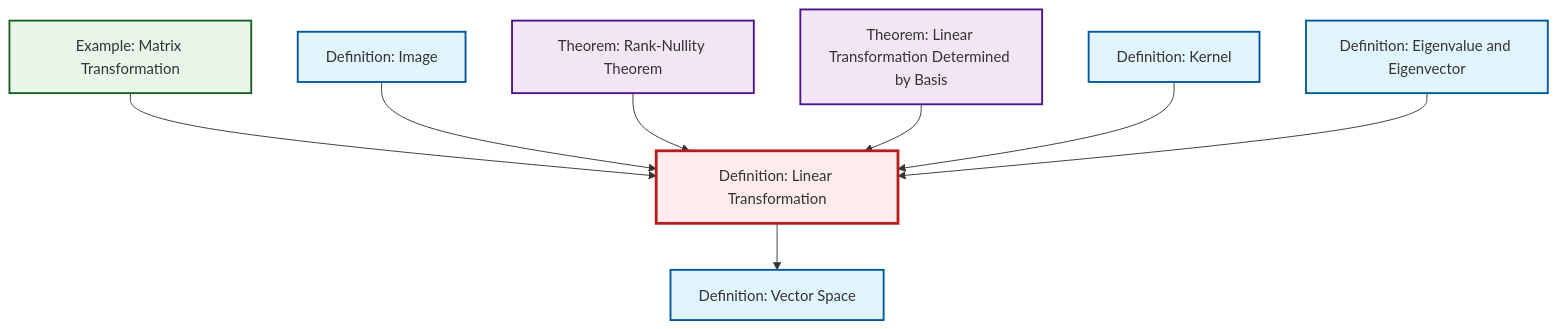
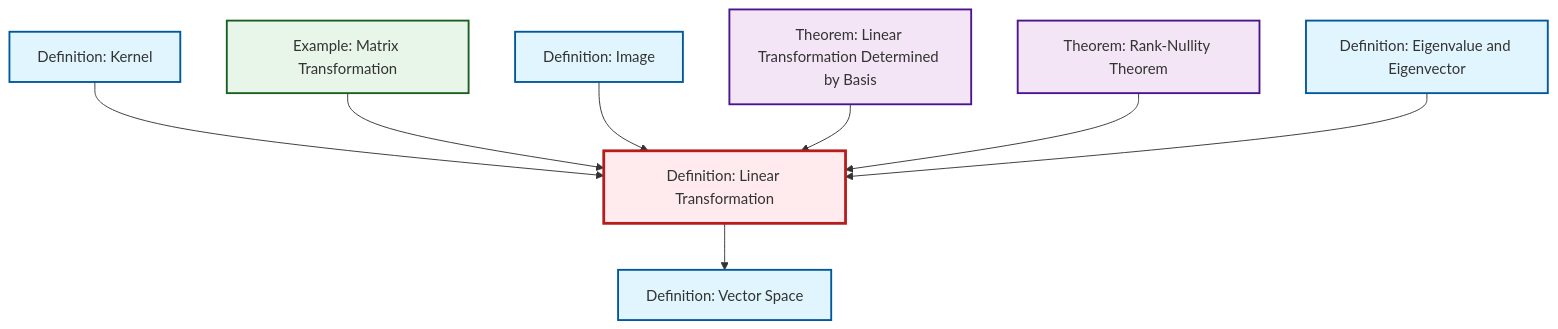
Before and after one commit to RK0429/ModernMath: the diagram in content/en/algebra/def-linear-transformation.qmd, drawn with Mermaid. The commit also changed other lines of this file and 497 other files, not shown here.

````diff
--- a/content/en/algebra/def-linear-transformation.qmd
+++ b/content/en/algebra/def-linear-transformation.qmd
@@ -45,32 +45,32 @@
 ```{mermaid}
 %%| fig-cap: "Local dependency graph"
 graph TD
     classDef definition fill:#e1f5fe,stroke:#01579b,stroke-width:2px
     classDef theorem fill:#f3e5f5,stroke:#4a148c,stroke-width:2px
     classDef axiom fill:#fff3e0,stroke:#e65100,stroke-width:2px
     classDef example fill:#e8f5e9,stroke:#1b5e20,stroke-width:2px
     classDef current fill:#ffebee,stroke:#b71c1c,stroke-width:3px
+    def-kernel["Definition: Kernel"]:::definition
+    ex-matrix-transformation["Example: Matrix Transformation"]:::example
+    def-eigenvalue-eigenvector["Definition: Eigenvalue and Eigenvector"]:::definition
+    thm-rank-nullity["Theorem: Rank-Nullity Theorem"]:::theorem
+    def-vector-space["Definition: Vector Space"]:::definition
+    def-image["Definition: Image"]:::definition
+    def-linear-transformation["Definition: Linear Transformation"]:::definition
     thm-linear-transformation-basis["Theorem: Linear Transformation Determined by Basis"]:::theorem
-    thm-rank-nullity["Theorem: Rank-Nullity Theorem"]:::theorem
-    def-kernel["Definition: Kernel"]:::definition
-    def-image["Definition: Image"]:::definition
-    def-vector-space["Definition: Vector Space"]:::definition
-    def-eigenvalue-eigenvector["Definition: Eigenvalue and Eigenvector"]:::definition
-    ex-matrix-transformation["Example: Matrix Transformation"]:::example
-    def-linear-transformation["Definition: Linear Transformation"]:::definition
+    def-kernel --> def-linear-transformation
     ex-matrix-transformation --> def-linear-transformation
     def-image --> def-linear-transformation
-    thm-rank-nullity --> def-linear-transformation
     def-linear-transformation --> def-vector-space
     thm-linear-transformation-basis --> def-linear-transformation
-    def-kernel --> def-linear-transformation
+    thm-rank-nullity --> def-linear-transformation
     def-eigenvalue-eigenvector --> def-linear-transformation
     class def-linear-transformation current
+    click def-kernel "def-kernel.html" "Go to Kernel definition"
+    click ex-matrix-transformation "ex-matrix-transformation.html" "Go to Matrix Transformation example"
+    click def-eigenvalue-eigenvector "def-eigenvalue-eigenvector.html" "Go to Eigenvalue and Eigenvector definition"
+    click thm-rank-nullity "thm-rank-nullity.html" "Go to Rank-Nullity Theorem theorem"
+    click def-vector-space "def-vector-space.html" "Go to Vector Space definition"
+    click def-image "def-image.html" "Go to Image definition"
     click thm-linear-transformation-basis "thm-linear-transformation-basis.html" "Go to Linear Transformation Determined by Basis theorem"
-    click thm-rank-nullity "thm-rank-nullity.html" "Go to Rank-Nullity Theorem theorem"
-    click def-kernel "def-kernel.html" "Go to Kernel definition"
-    click def-image "def-image.html" "Go to Image definition"
-    click def-vector-space "def-vector-space.html" "Go to Vector Space definition"
-    click def-eigenvalue-eigenvector "def-eigenvalue-eigenvector.html" "Go to Eigenvalue and Eigenvector definition"
-    click ex-matrix-transformation "ex-matrix-transformation.html" "Go to Matrix Transformation example"
 ```
````
